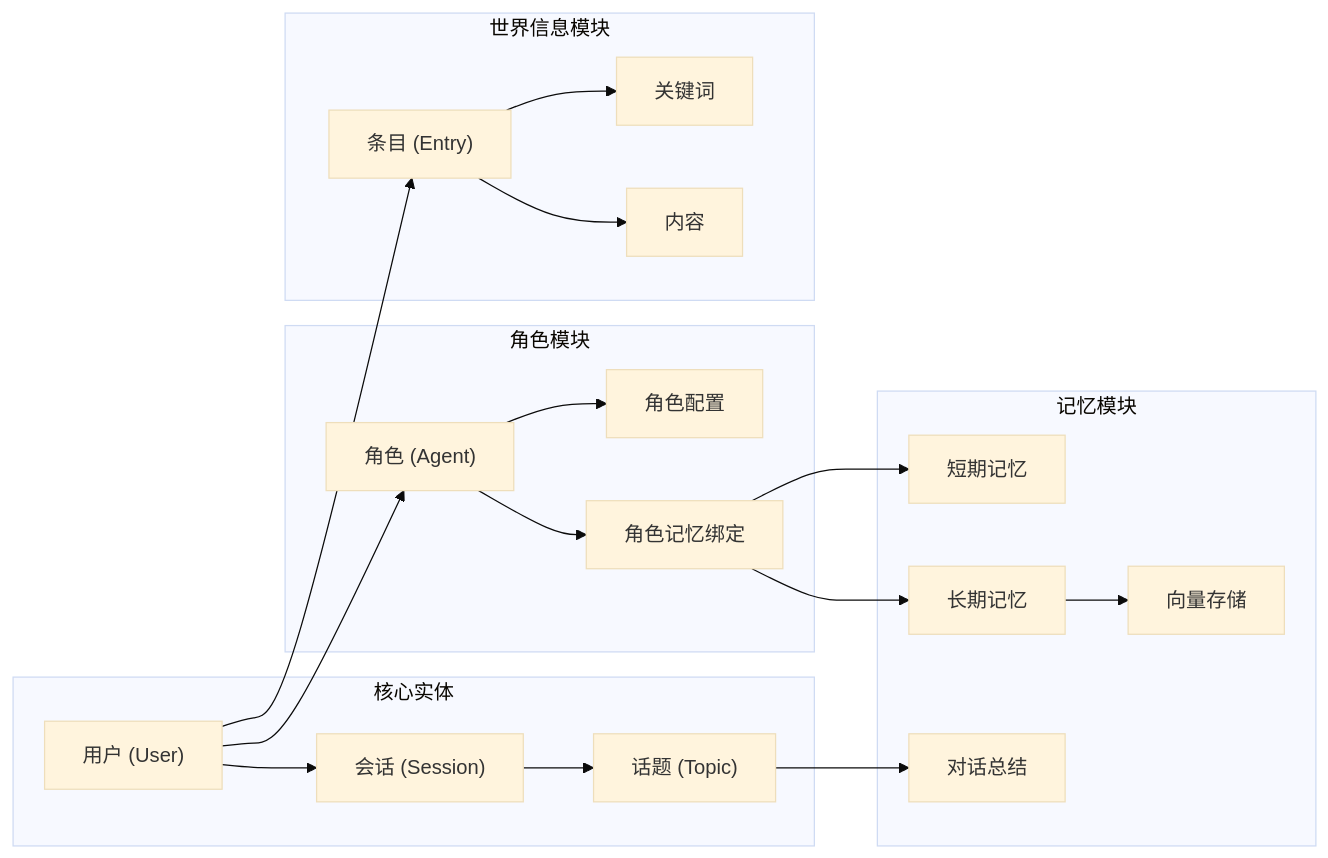
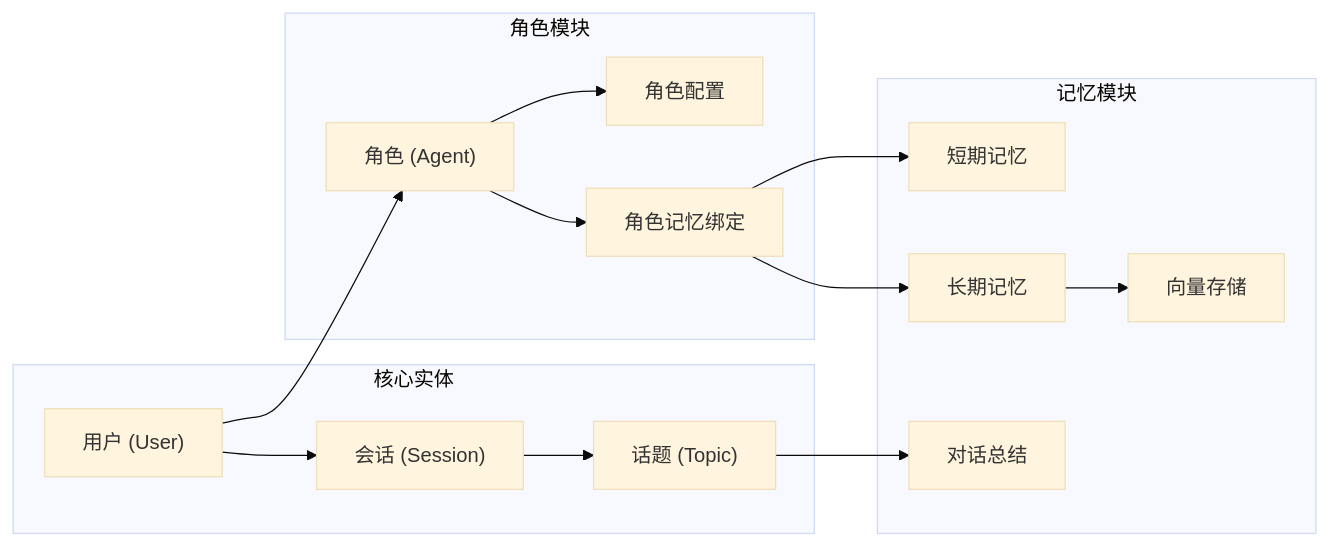
The second of 10 diagrams in bar/设计方案.md (RudolphHuang/openclaw_doc), drawn with Mermaid (base theme) before and after one commit. The commit also changed other lines of this file and 3 other files, not shown here.

````diff
--- a/bar/设计方案.md
+++ b/bar/设计方案.md
@@ -97,43 +90,33 @@
 ```mermaid
 flowchart LR
     subgraph Core["核心实体"]
         User["用户 (User)"]
         Session["会话 (Session)"]
         Topic["话题 (Topic)"]
     end
     
     subgraph Character["角色模块"]
         Agent["角色 (Agent)"]
         AgentConfig["角色配置"]
         AgentMemory["角色记忆绑定"]
     end
     
     subgraph Memory["记忆模块"]
         ShortTerm["短期记忆"]
         LongTerm["长期记忆"]
         Summary["对话总结"]
         VectorStore["向量存储"]
     end
     
-    subgraph WorldInfo["世界信息模块"]
-        WIEntry["条目 (Entry)"]
-        WIKeys["关键词"]
-        WIContent["内容"]
-    end
-    
     User --> Session
     Session --> Topic
     
     User --> Agent
     Agent --> AgentConfig
     Agent --> AgentMemory
     
     AgentMemory --> ShortTerm
     AgentMemory --> LongTerm
     Topic --> Summary
     LongTerm --> VectorStore
-    
-    User --> WIEntry
-    WIEntry --> WIKeys
-    WIEntry --> WIContent
 ```
````
